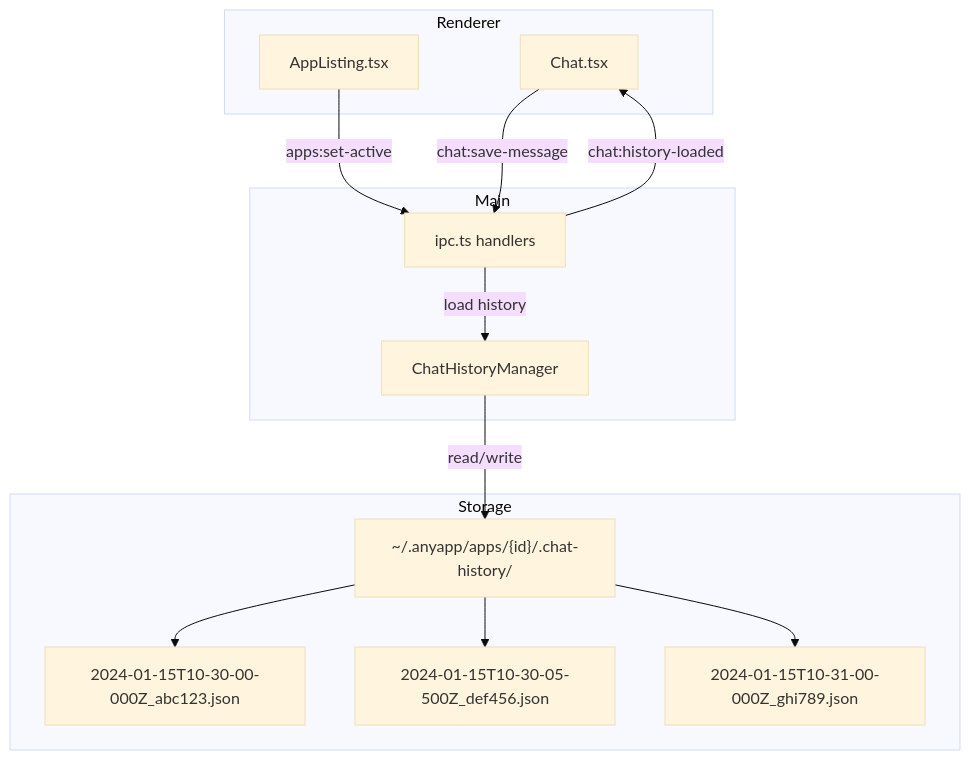
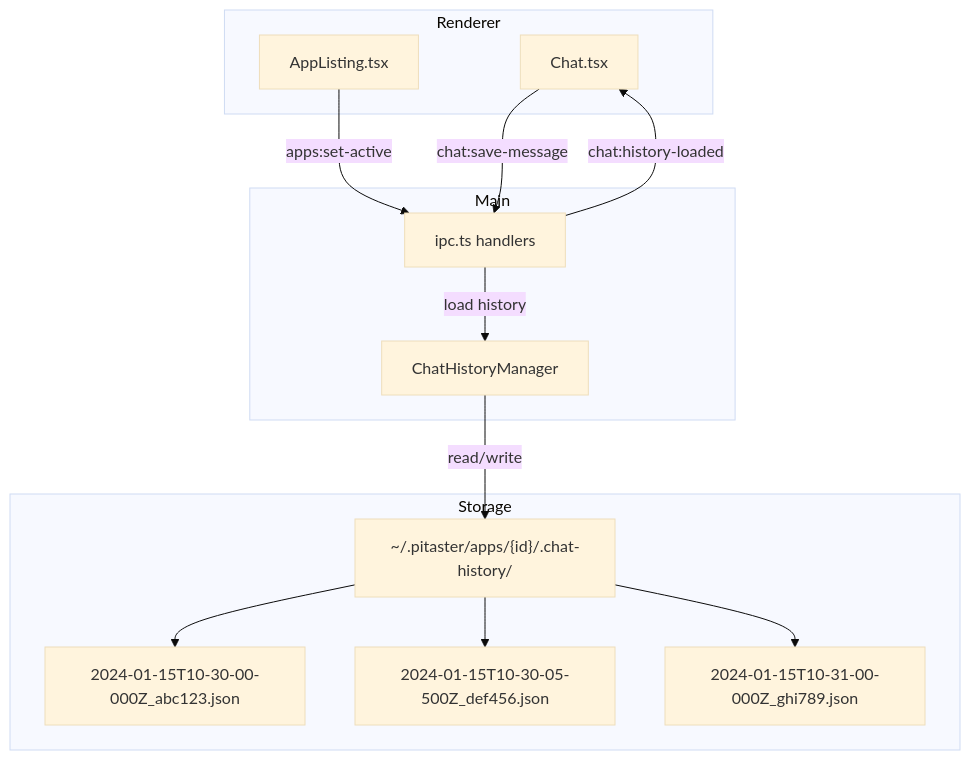
The diagram in docs/plans/SESSION-9-CHAT-HISTORY.md (guyettinger/PiTaster), drawn with Mermaid (base theme) before and after one commit. The commit also changed other lines of this file and 222 other files, not shown here.

````diff
--- a/docs/plans/SESSION-9-CHAT-HISTORY.md
+++ b/docs/plans/SESSION-9-CHAT-HISTORY.md
@@ -29,28 +29,28 @@
 ```mermaid
 flowchart TB
     subgraph Renderer
         Chat[Chat.tsx]
         AppListing[AppListing.tsx]
     end
     
     subgraph Main
         IPC[ipc.ts handlers]
         ChatManager[ChatHistoryManager]
     end
     
     subgraph Storage
-        HistoryDir["~/.anyapp/apps/{id}/.chat-history/"]
+        HistoryDir["~/.pitaster/apps/{id}/.chat-history/"]
         Msg1["2024-01-15T10-30-00-000Z_abc123.json"]
         Msg2["2024-01-15T10-30-05-500Z_def456.json"]
         Msg3["2024-01-15T10-31-00-000Z_ghi789.json"]
         HistoryDir --> Msg1
         HistoryDir --> Msg2
         HistoryDir --> Msg3
     end
     
     AppListing -->|apps:set-active| IPC
     IPC -->|load history| ChatManager
     ChatManager -->|read/write| HistoryDir
     IPC -->|chat:history-loaded| Chat
     Chat -->|chat:save-message| IPC
 ```
````
